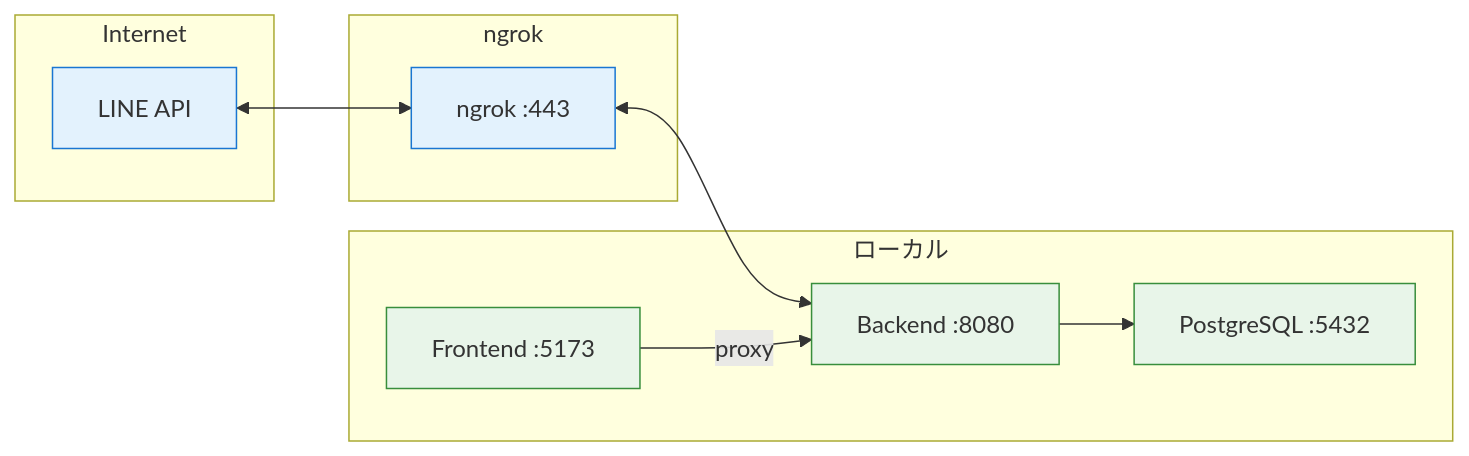
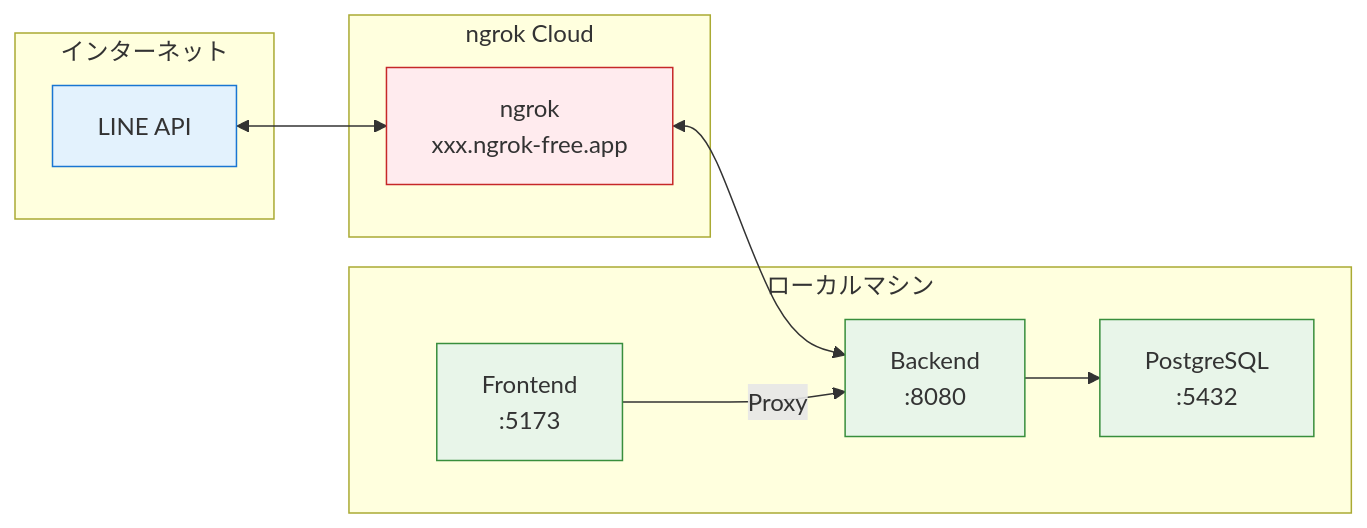
The fourth of 4 diagrams in docs/ARCHITECTURE.md (crackerky/circle-pay), drawn with Mermaid before and after one commit. The commit also changed other lines of this file, not shown here.

First line of the commit message:
Improve architecture diagrams with better flow and more detail

````diff
--- a/docs/ARCHITECTURE.md
+++ b/docs/ARCHITECTURE.md
@@ -105,27 +182,29 @@
 ```mermaid
 flowchart LR
-    subgraph Internet
+    subgraph Internet["インターネット"]
         LINE["LINE API"]
     end
 
-    subgraph ngrok
-        tunnel["ngrok :443"]
+    subgraph Cloud["ngrok Cloud"]
+        ngrok["ngrok<br/>xxx.ngrok-free.app"]
     end
 
-    subgraph Local["ローカル"]
-        BE["Backend :8080"]
-        FE["Frontend :5173"]
-        DB["PostgreSQL :5432"]
+    subgraph Local["ローカルマシン"]
+        BE["Backend<br/>:8080"]
+        FE["Frontend<br/>:5173"]
+        DB["PostgreSQL<br/>:5432"]
     end
 
-    LINE <--> tunnel
-    tunnel <--> BE
-    FE -->|"proxy"| BE
+    LINE <--> ngrok
+    ngrok <--> BE
+    FE -->|"Proxy"| BE
     BE --> DB
 
     classDef ext fill:#e3f2fd,stroke:#1976d2
+    classDef cloud fill:#ffebee,stroke:#c62828
     classDef local fill:#e8f5e9,stroke:#388e3c
 
-    class LINE,tunnel ext
+    class LINE ext
+    class ngrok cloud
     class BE,FE,DB local
 ```
````
